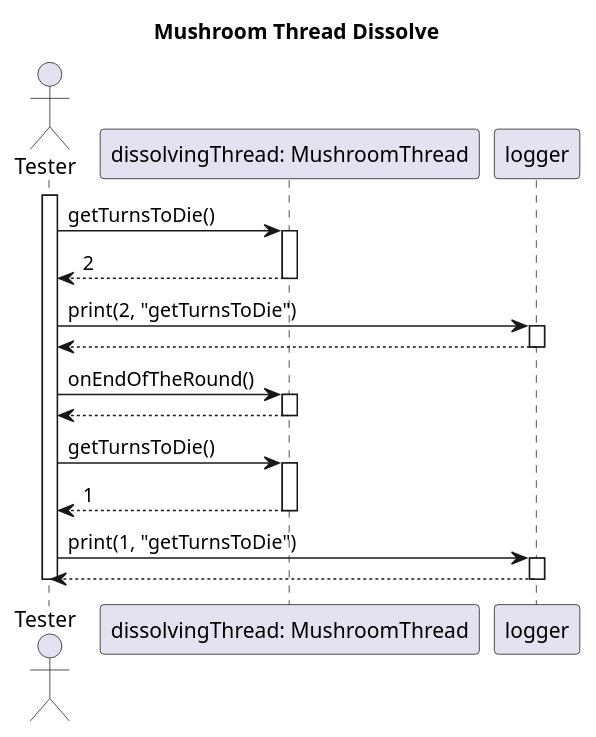
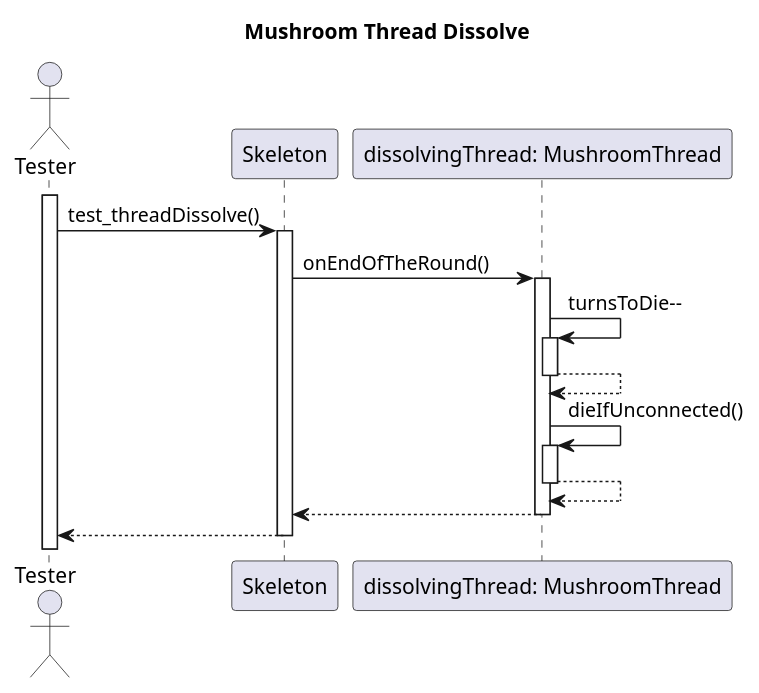
Before and after one commit to dzsem/projlab: the diagram in diagrams/test-sequence/mushroom/mushroomThreadDissolve.wsd, drawn with PlantUML.

Commit message:
Fixed mushroomThreadDissolve

```diff
--- a/diagrams/test-sequence/mushroom/mushroomThreadDissolve.wsd
+++ b/diagrams/test-sequence/mushroom/mushroomThreadDissolve.wsd
@@ -1,39 +1,35 @@
 @startuml Mushroom Thread Dissolve
 
 title Mushroom Thread Dissolve
 
 actor "Tester" as tester
+participant "Skeleton" as skeleton
+
 participant "dissolvingThread: MushroomThread" as dimt
 
-activate tester
+activate tester 
 
-tester -> dimt: getTurnsToDie()
+tester -> skeleton: test_threadDissolve()
+activate skeleton
+
+skeleton -> dimt: onEndOfTheRound()
 activate dimt
-dimt --> tester: 2
+
+dimt -> dimt: turnsToDie--
+activate dimt
+dimt --> dimt
 deactivate dimt
 
-tester -> logger: print(2, "getTurnsToDie")
-activate logger
-logger --> tester
-deactivate logger
-
-tester -> dimt: onEndOfTheRound()
+dimt -> dimt: dieIfUnconnected()
 activate dimt
-dimt --> tester
+dimt --> dimt
 deactivate dimt
 
-tester -> dimt: getTurnsToDie()
-activate dimt
-dimt --> tester: 1
+dimt --> skeleton
 deactivate dimt
 
-tester -> logger: print(1, "getTurnsToDie")
-activate logger
-logger --> tester
-deactivate logger
-
-
-deactivate tester
+skeleton --> tester
+deactivate skeleton
 
 
 @enduml
```
